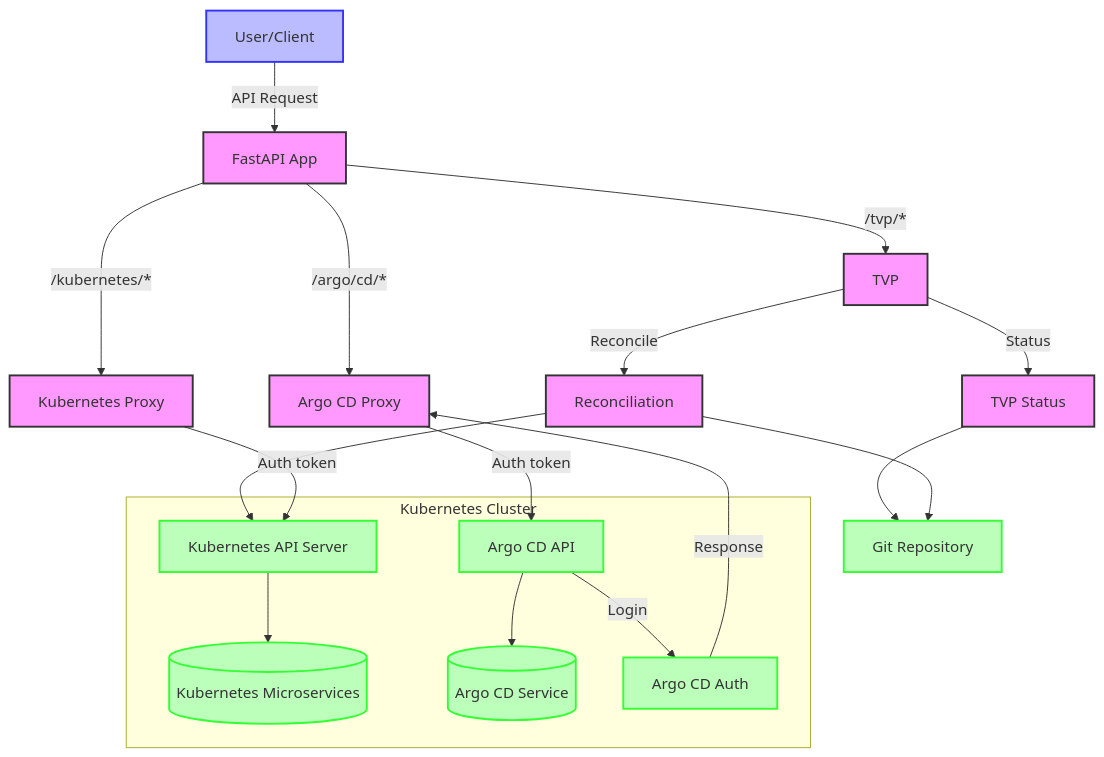
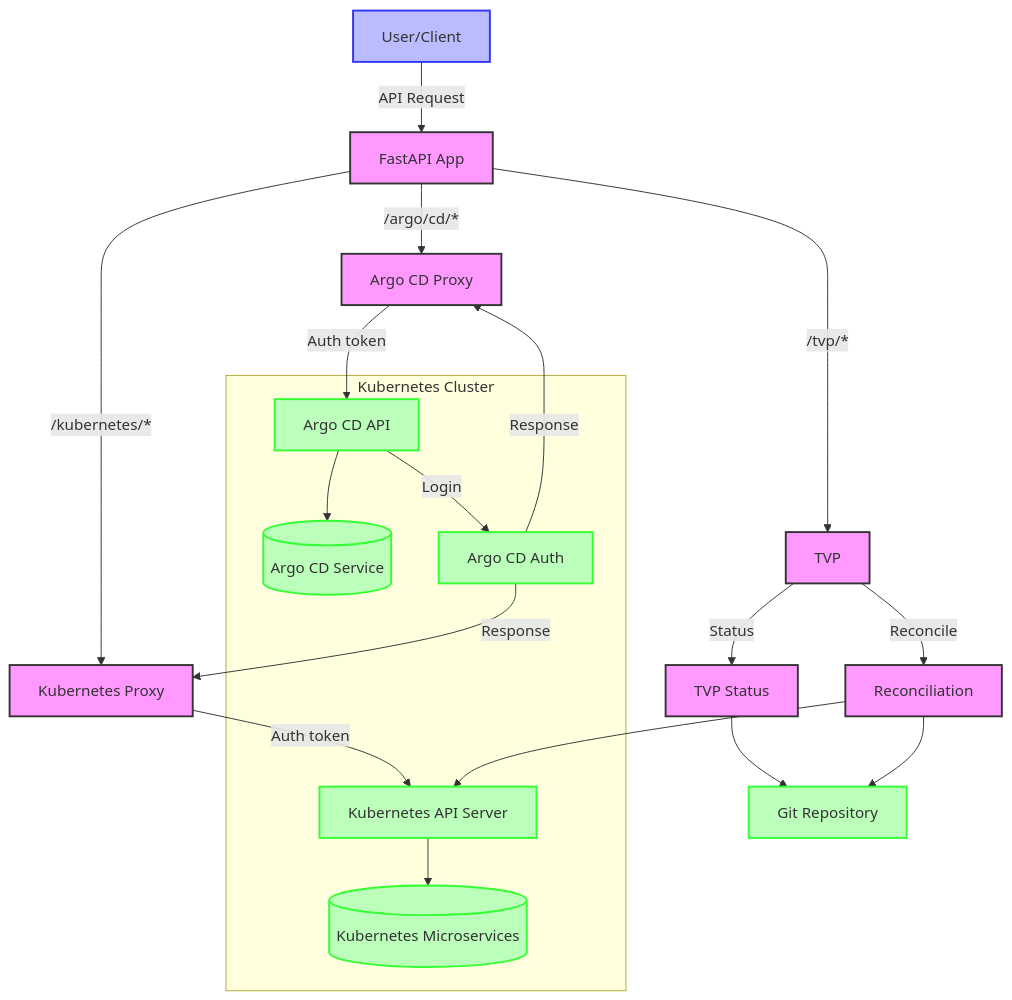
The diagram in fastapi/mermaid/data-flow-diagram.mermaid (lloydchang/tvp-k8s), drawn with Mermaid before and after one commit.

```diff
--- a/fastapi/mermaid/data-flow-diagram.mermaid
+++ b/fastapi/mermaid/data-flow-diagram.mermaid
@@ -1,29 +1,30 @@
 flowchart TD
     User[User/Client] -->|API Request| API[FastAPI App]
     
     API -->|/kubernetes/*| KP[Kubernetes Proxy]
     API -->|/argo/cd/*| AP[Argo CD Proxy]
     API -->|/tvp/*| TVP[TVP]
         
     TVP -->|Status| TS[TVP Status]
     TVP -->|Reconcile| R[Reconciliation]
     
     TS --> Git[Git Repository]
     R --> Git
     R --> KA
     KP -->|Auth token| KA[Kubernetes API Server]
     AP -->|Auth token| AA[Argo CD API]
     subgraph "Kubernetes Cluster"
         KA --> Kubernetes[(Kubernetes Microservices)]
         AA --> ArgoCD[(Argo CD Service)]
         AA -->|Login| Auth[Argo CD Auth]
     end
     Auth -->|Response| AP
-    
+    Auth -->|Response| KP
+
     classDef user fill:#bbf,stroke:#33f,stroke-width:2px
     classDef app fill:#f9f,stroke:#333,stroke-width:2px
     classDef external fill:#bfb,stroke:#3f3,stroke-width:2px
     
     class User user
     class API,KP,AP,TVP,TS,R app
     class Kubernetes,ArgoCD,Git,KA,AA,Auth external
```
